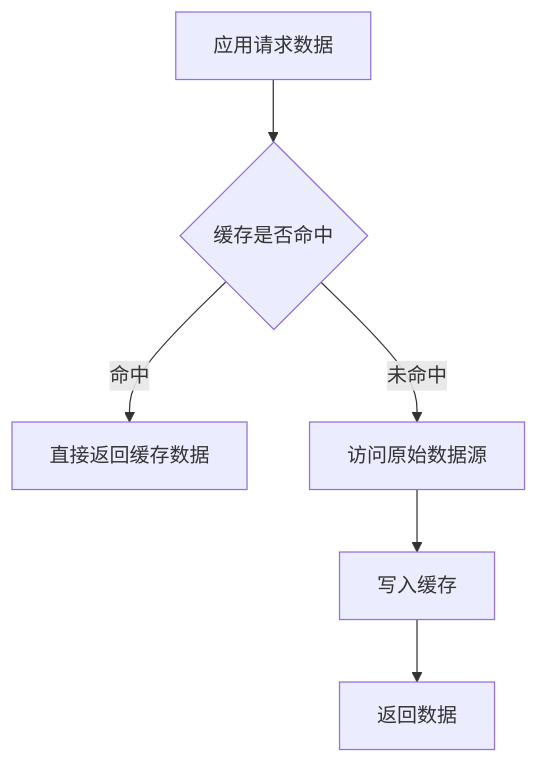
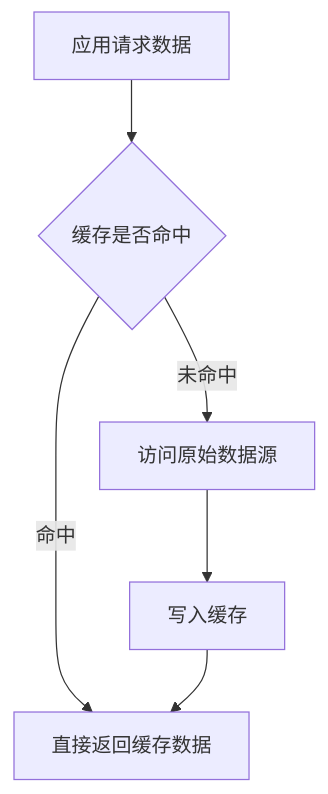
The fourth of 11 diagrams in src/content/blog/Software-Construction/Chap07.md (crashingby/homepage), drawn with Mermaid before and after one commit. The commit also changed other lines of this file and 6 other files, not shown here.

````diff
--- a/src/content/blog/Software-Construction/Chap07.md
+++ b/src/content/blog/Software-Construction/Chap07.md
@@ -247,8 +199,8 @@
 ```mermaid
 flowchart TD
-  A["应用请求数据"] --> B{"缓存是否命中"}
-  B -->|命中| C["直接返回缓存数据"]
-  B -->|未命中| D["访问原始数据源"]
-  D --> E["写入缓存"]
-  E --> F["返回数据"]
+  Request["应用请求数据"] --> Hit{"缓存是否命中"}
+  Hit -->|命中| Return["直接返回缓存数据"]
+  Hit -->|未命中| Source["访问原始数据源"]
+  Source --> Fill["写入缓存"]
+  Fill --> Return
 ```
````
